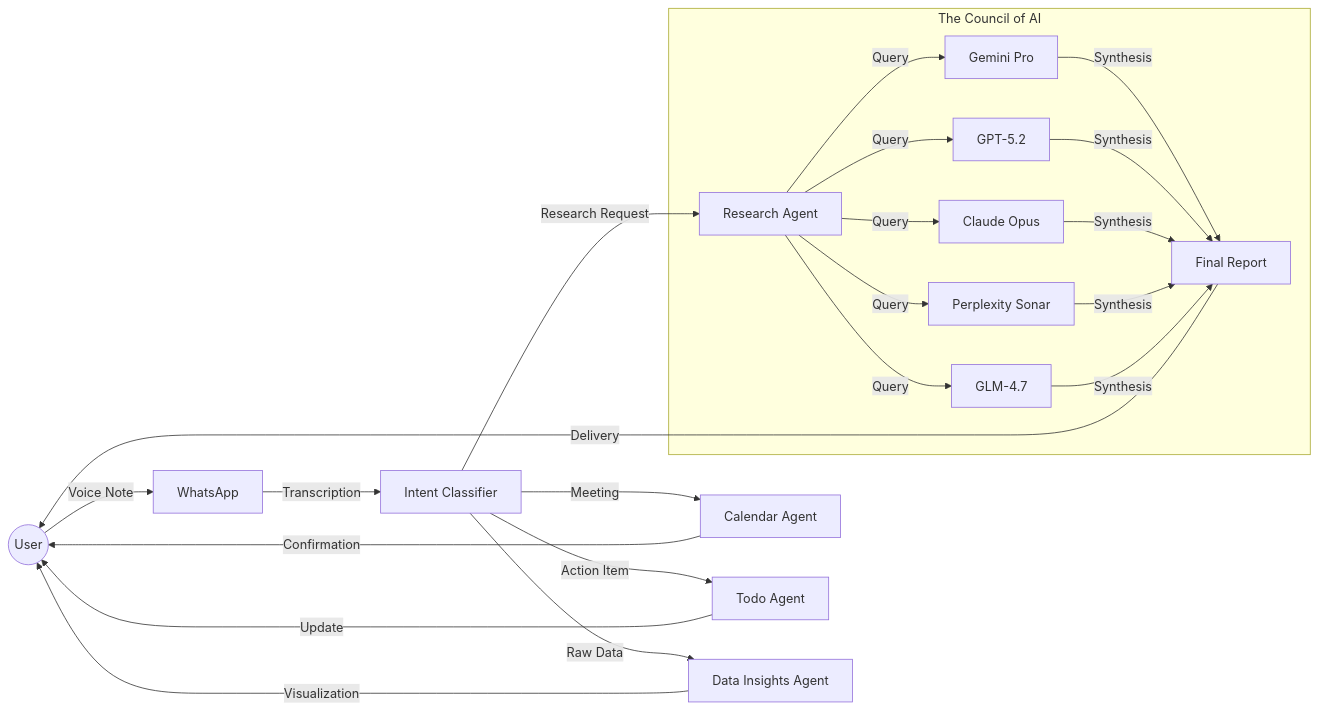
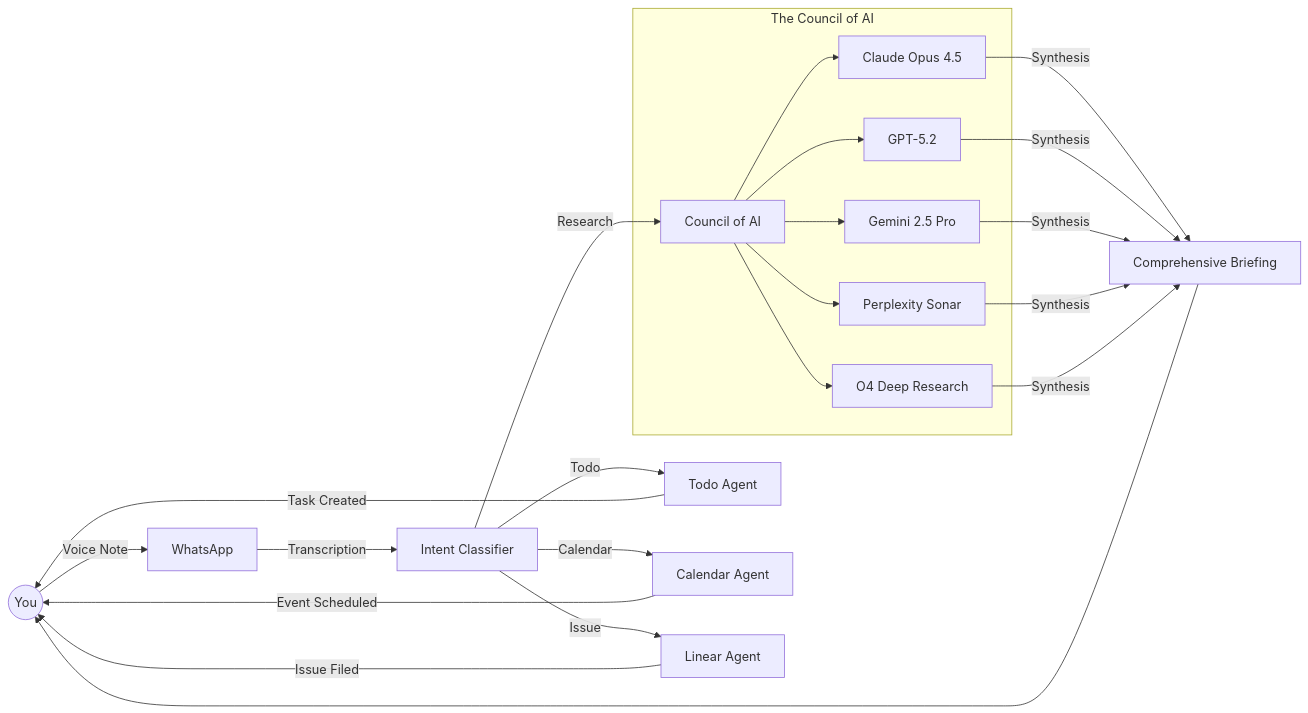
The diagram in README.md (pbuchman/praxos), drawn with Mermaid before and after one commit. The commit also changed other lines of this file and 10 other files, not shown here.

````diff
--- a/README.md
+++ b/README.md
@@ -34,24 +35,24 @@
 ```mermaid
 graph LR
-    User((User)) -->|Voice Note| WA[WhatsApp]
-    WA -->|Transcription| Class[Intent Classifier]
+    User((You)) -->|Voice Note| WA[WhatsApp]
+    WA -->|Transcription| Intent[Intent Classifier]
 
-    Class -->|Research Request| Res[Research Agent]
-    Class -->|Meeting| Cal[Calendar Agent]
-    Class -->|Action Item| Todo[Todo Agent]
-    Class -->|Raw Data| Data[Data Insights Agent]
+    Intent -->|"Research"| Council[Council of AI]
+    Intent -->|"Todo"| Todos[Todo Agent]
+    Intent -->|"Calendar"| Cal[Calendar Agent]
+    Intent -->|"Issue"| Linear[Linear Agent]
 
     subgraph "The Council of AI"
-        Res -->|Query| Gemini[Gemini Pro]
-        Res -->|Query| GPT[GPT-5.2]
-        Res -->|Query| CL[Claude Opus]
-        Res -->|Query| PPL[Perplexity Sonar]
-        Res -->|Query| ZAI[GLM-4.7]
-        Gemini & GPT & CL & PPL & ZAI -->|Synthesis| Rep[Final Report]
+        Council --> Claude[Claude Opus 4.5]
+        Council --> GPT[GPT-5.2]
+        Council --> Gemini[Gemini 2.5 Pro]
+        Council --> Sonar[Perplexity Sonar]
+        Council --> O4[O4 Deep Research]
     end
 
-    Rep -->|Delivery| User
-    Cal -->|Confirmation| User
-    Todo -->|Update| User
-    Data -->|Visualization| User
+    Claude & GPT & Gemini & Sonar & O4 -->|Synthesis| Report[Comprehensive Briefing]
+    Report --> User
+    Todos -->|"Task Created"| User
+    Cal -->|"Event Scheduled"| User
+    Linear -->|"Issue Filed"| User
 ```
````
